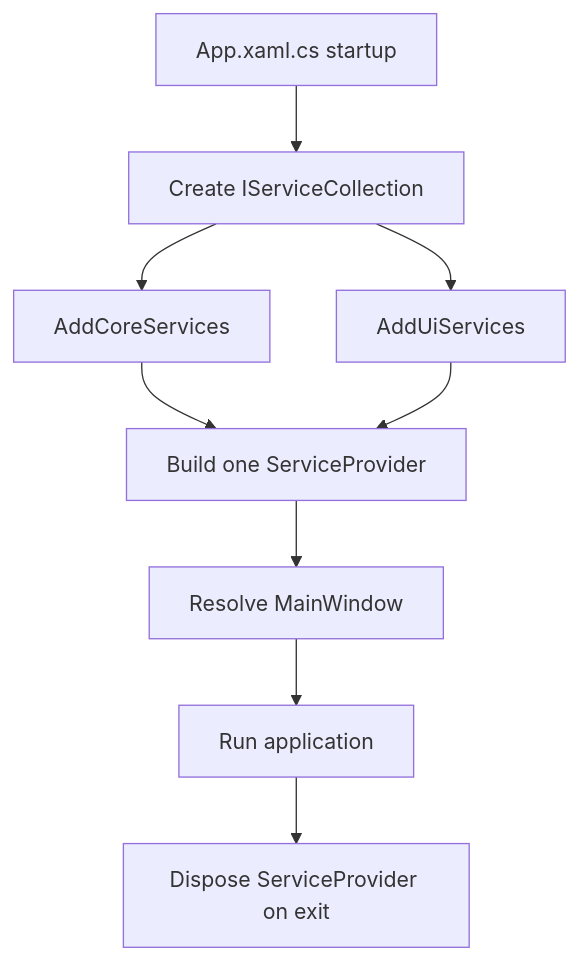
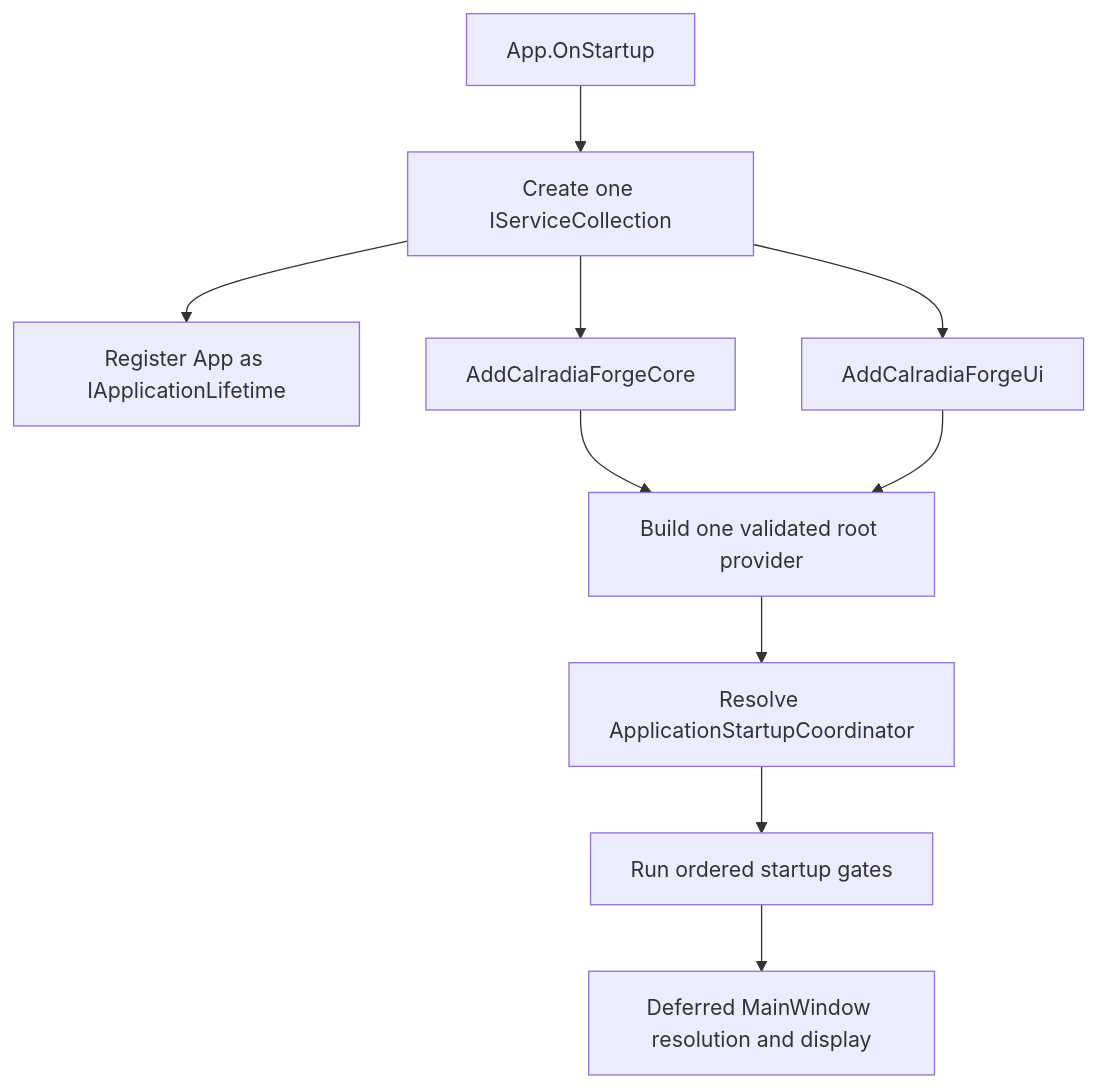
The diagram in docs/refactor/dependency_injection_plan.md (ThelianTech-Studios/CalradiaForge), drawn with Mermaid before and after one commit. The commit also changed other lines of this file and 16 other files, not shown here.

````diff
--- a/docs/refactor/dependency_injection_plan.md
+++ b/docs/refactor/dependency_injection_plan.md
@@ -24,11 +33,12 @@
 ```mermaid
 flowchart TD
-    A[App.xaml.cs startup] --> B[Create IServiceCollection]
-    B --> C[AddCoreServices]
-    B --> D[AddUiServices]
-    C --> E[Build one ServiceProvider]
-    D --> E
-    E --> F[Resolve MainWindow]
-    F --> G[Run application]
-    G --> H[Dispose ServiceProvider on exit]
+    A[App.OnStartup] --> B[Create one IServiceCollection]
+    B --> C[Register App as IApplicationLifetime]
+    B --> D[AddCalradiaForgeCore]
+    B --> E[AddCalradiaForgeUi]
+    D --> F[Build one validated root provider]
+    E --> F
+    F --> G[Resolve ApplicationStartupCoordinator]
+    G --> H[Run ordered startup gates]
+    H --> I[Deferred MainWindow resolution and display]
 ```
````
